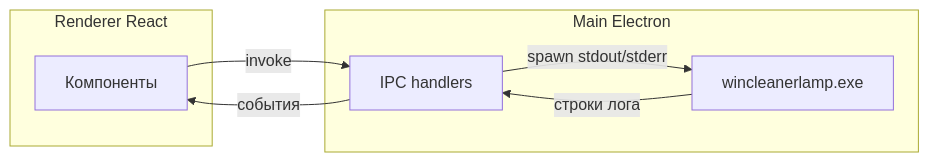
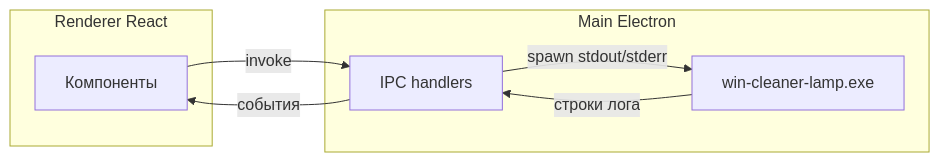
Before and after one commit to Danik-Off/winCleanerLamp: the diagram in docs/gui.md, drawn with Mermaid. The commit also changed other lines of this file and 10 other files, not shown here.

````diff
--- a/docs/gui.md
+++ b/docs/gui.md
@@ -49,14 +49,14 @@
 ```mermaid
 flowchart LR
   subgraph renderer [Renderer React]
     UI[Компоненты]
   end
   subgraph main [Main Electron]
     IPC[IPC handlers]
-    CLI[wincleanerlamp.exe]
+    CLI[win-cleaner-lamp.exe]
   end
   UI -->|invoke| IPC
   IPC -->|spawn stdout/stderr| CLI
   CLI -->|строки лога| IPC
   IPC -->|события| UI
 ```
````
